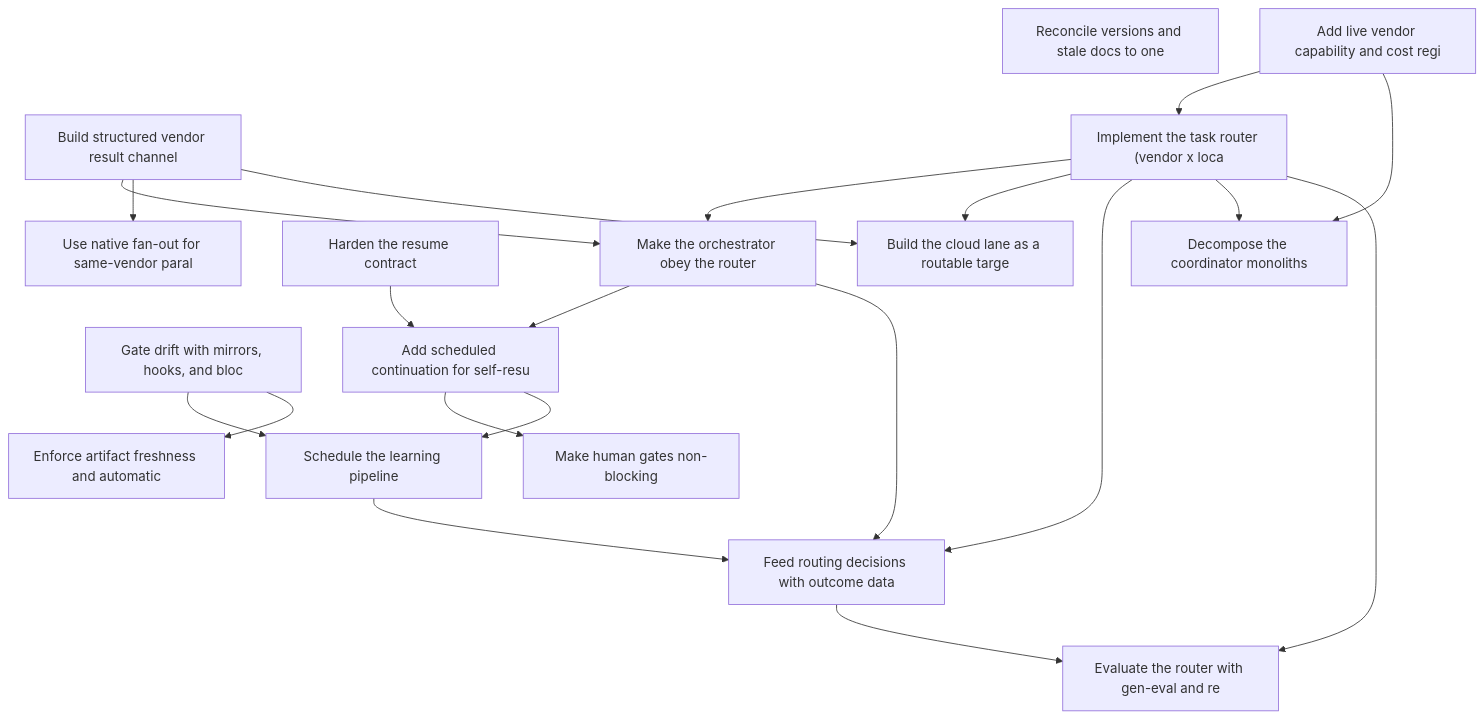
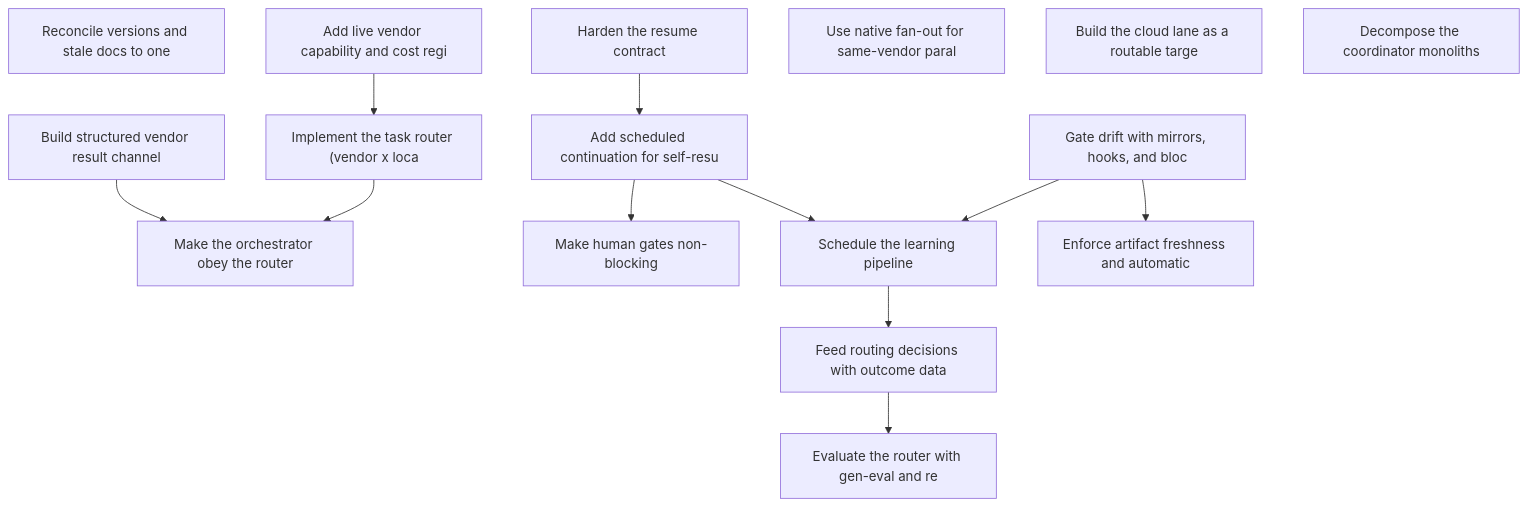
Before and after one commit to jankneumann/agentic-coding-tools: the diagram in openspec/roadmaps/repo-improvement/roadmap.md, drawn with Mermaid. The commit also changed other lines of this file and 3 other files, not shown here.

````diff
--- a/openspec/roadmaps/repo-improvement/roadmap.md
+++ b/openspec/roadmaps/repo-improvement/roadmap.md
@@ -33,38 +32,29 @@
 ```mermaid
 graph TD
     ri-01["Gate drift with mirrors, hooks, and bloc"]
     ri-02["Reconcile versions and stale docs to one"]
     ri-03["Build structured vendor result channel"]
     ri-04["Add live vendor capability and cost regi"]
     ri-05["Implement the task router (vendor x loca"]
     ri-06["Make the orchestrator obey the router"]
     ri-07["Harden the resume contract"]
     ri-08["Add scheduled continuation for self-resu"]
     ri-09["Use native fan-out for same-vendor paral"]
     ri-10["Build the cloud lane as a routable targe"]
     ri-11["Make human gates non-blocking"]
     ri-12["Schedule the learning pipeline"]
     ri-13["Feed routing decisions with outcome data"]
     ri-14["Enforce artifact freshness and automatic"]
     ri-15["Decompose the coordinator monoliths"]
     ri-16["Evaluate the router with gen-eval and re"]
     ri-04 --> ri-05
     ri-03 --> ri-06
     ri-05 --> ri-06
     ri-07 --> ri-08
-    ri-06 --> ri-08
-    ri-03 --> ri-09
-    ri-03 --> ri-10
-    ri-05 --> ri-10
     ri-08 --> ri-11
     ri-08 --> ri-12
     ri-01 --> ri-12
-    ri-05 --> ri-13
-    ri-06 --> ri-13
     ri-12 --> ri-13
     ri-01 --> ri-14
-    ri-04 --> ri-15
-    ri-05 --> ri-15
-    ri-05 --> ri-16
     ri-13 --> ri-16
 ```
````
